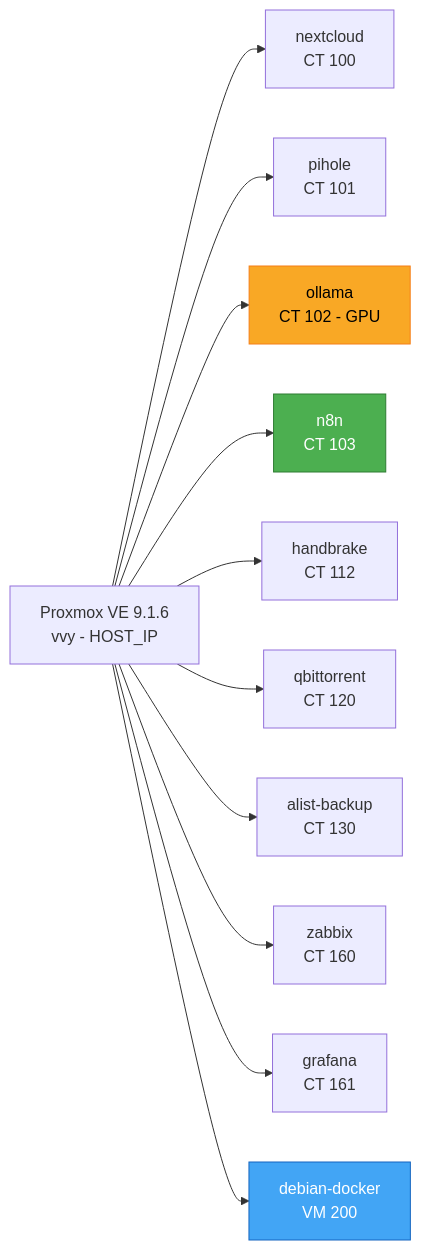
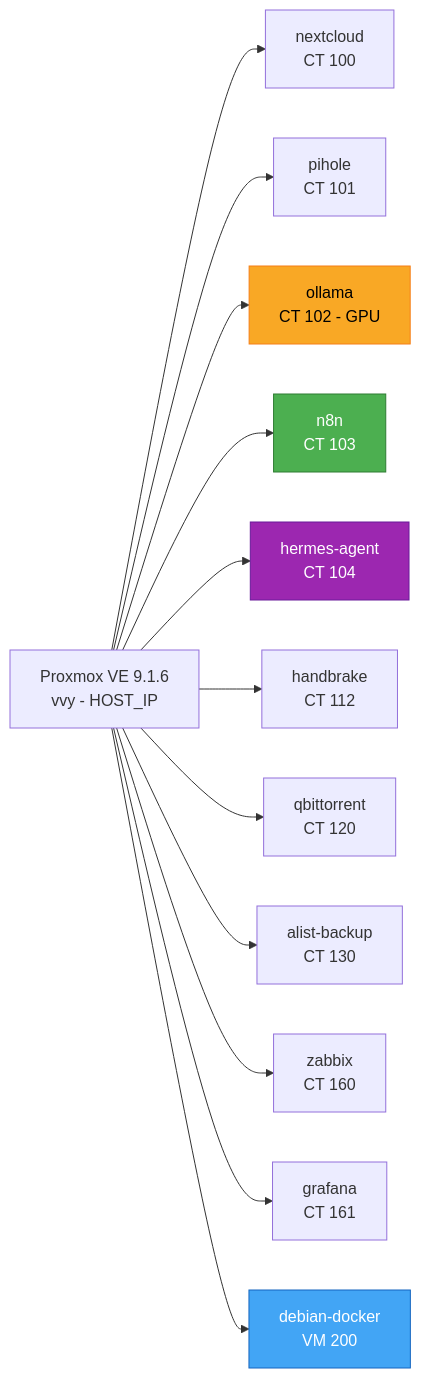
The diagram in docs/proxmox-setup.md (mviniciusy/vvy-homelab), drawn with Mermaid before and after one commit. The commit also changed other lines of this file and 1 other file, not shown here.

````diff
--- a/docs/proxmox-setup.md
+++ b/docs/proxmox-setup.md
@@ -15,17 +15,19 @@
 ```mermaid
 graph LR
     PVE[Proxmox VE 9.1.6<br/>vvy - HOST_IP] --> LXC100[nextcloud<br/>CT 100]
     PVE --> LXC101[pihole<br/>CT 101]
     PVE --> LXC102[ollama<br/>CT 102 - GPU]
     PVE --> LXC103[n8n<br/>CT 103]
+    PVE --> LXC104[hermes-agent<br/>CT 104]
     PVE --> LXC112[handbrake<br/>CT 112]
     PVE --> LXC120[qbittorrent<br/>CT 120]
     PVE --> LXC130[alist-backup<br/>CT 130]
     PVE --> LXC160[zabbix<br/>CT 160]
     PVE --> LXC161[grafana<br/>CT 161]
     PVE --> VM200[debian-docker<br/>VM 200]
 
     style LXC102 fill:#f9a825,stroke:#f57f17,color:#000
     style LXC103 fill:#4caf50,stroke:#2e7d32,color:#fff
+    style LXC104 fill:#9c27b0,stroke:#6a1b9a,color:#fff
     style VM200 fill:#42a5f5,stroke:#1565c0,color:#fff
 ```
````
